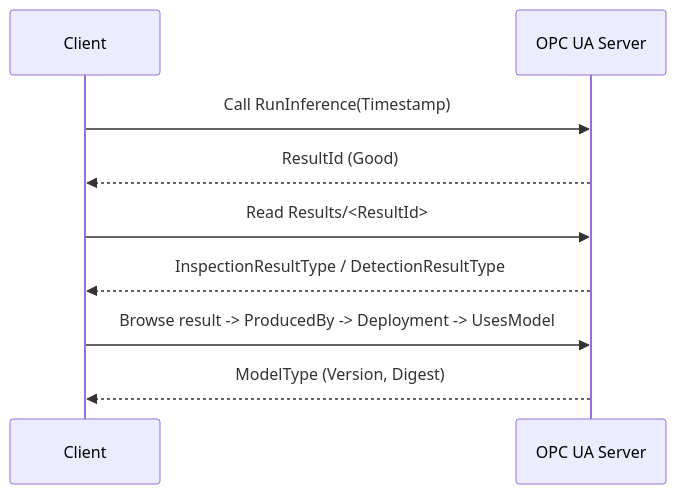
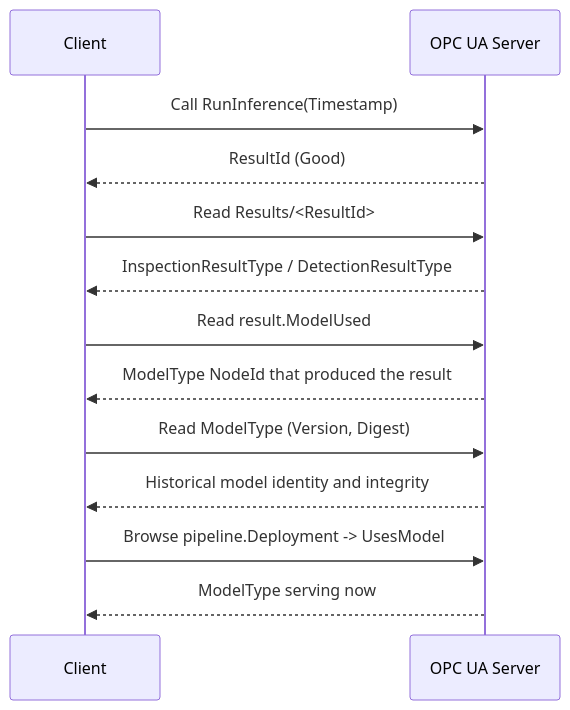
The sixth of 11 diagrams in metaverse-specs/vision/OPC-UA-Vision.md (marcschier/opcua-drafts), drawn with Mermaid before and after one commit. The commit also changed other lines of this file and 39 other files, not shown here.

````diff
--- a/metaverse-specs/vision/OPC-UA-Vision.md
+++ b/metaverse-specs/vision/OPC-UA-Vision.md
@@ -856,11 +873,15 @@
 ```mermaid
 sequenceDiagram
     participant C as Client
     participant S as OPC UA Server
     C->>S: Call RunInference(Timestamp)
     S-->>C: ResultId (Good)
     C->>S: Read Results/<ResultId>
     S-->>C: InspectionResultType / DetectionResultType
-    C->>S: Browse result -> ProducedBy -> Deployment -> UsesModel
-    S-->>C: ModelType (Version, Digest)
+    C->>S: Read result.ModelUsed
+    S-->>C: ModelType NodeId that produced the result
+    C->>S: Read ModelType (Version, Digest)
+    S-->>C: Historical model identity and integrity
+    C->>S: Browse pipeline.Deployment -> UsesModel
+    S-->>C: ModelType serving now
 ```
````
